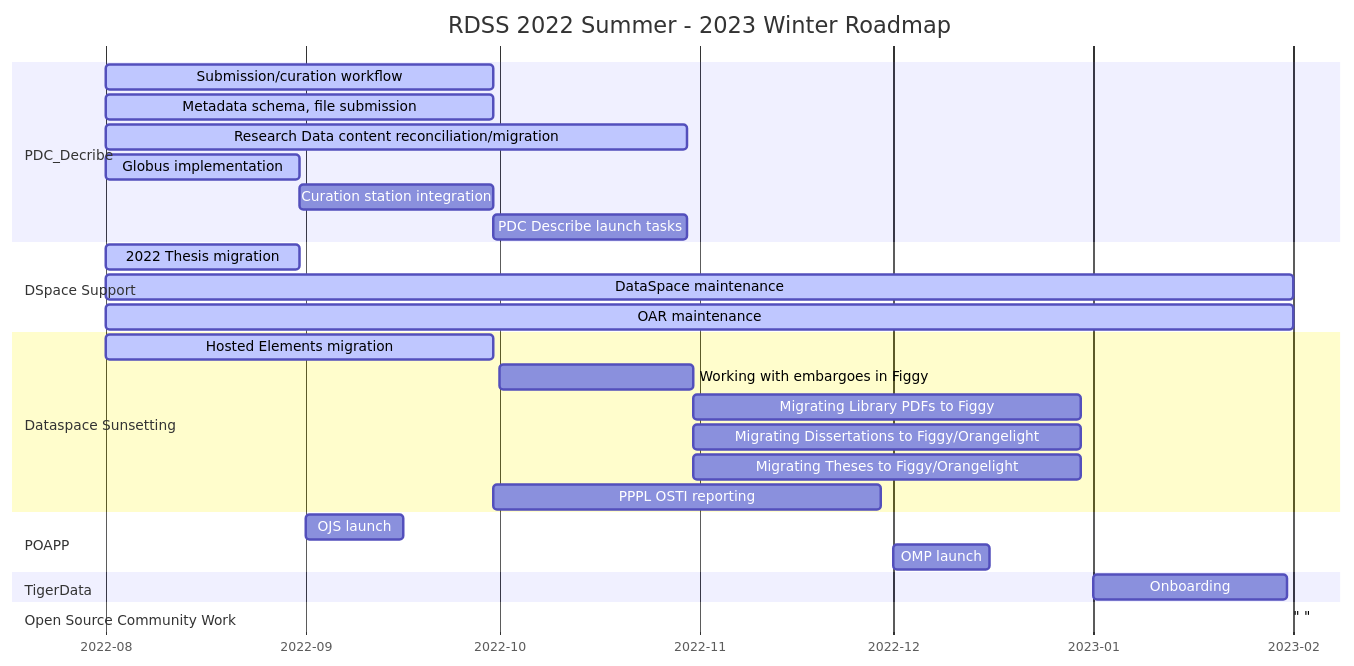
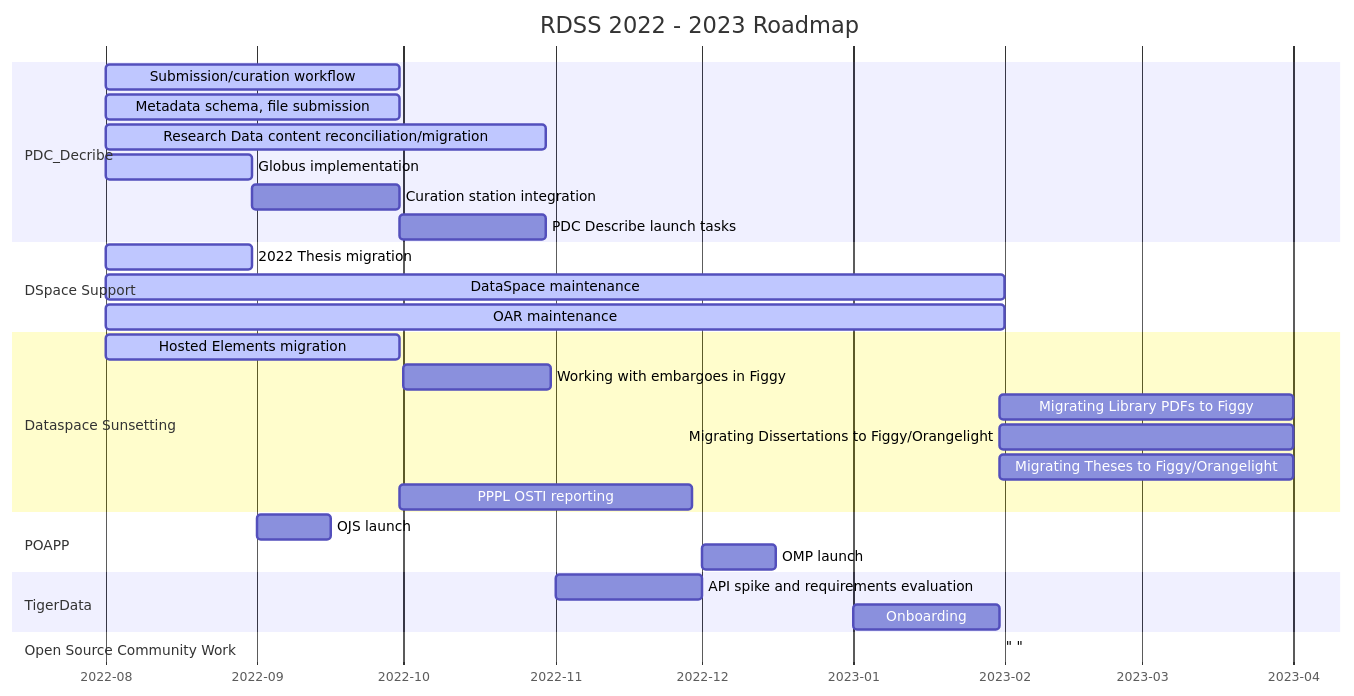
One commit to pulibrary/rdss-handbook changed the first of 4 diagrams in roadmap.md. Above: the diagram before and after it, drawn with Mermaid.

Commit message:
Added Tigerdata research and repositioned DataSpace sunsetting tasks (#74)

````diff
--- a/roadmap.md
+++ b/roadmap.md
@@ -5,32 +5,32 @@
 ```mermaid
 gantt
-    title RDSS 2022 Summer - 2023 Winter Roadmap
+    title RDSS 2022 - 2023 Roadmap
     axisFormat  %Y-%m
     dateformat YYYY-MM
     section PDC_Decribe
     Submission/curation workflow           :active, pd1, 2022-08, 60d
     Metadata schema, file submission :active, pd2, 2022-08, 60d
     Research Data content reconciliation/migration :active, pd3, 2022-08, 90d
     Globus implementation     :active, pd4, 2022-08, 30d
     Curation station integration: pd5, after pd4, 30d
     PDC Describe launch tasks: pd6, after pd5, 30d
     section DSpace Support
     2022 Thesis migration :active, dsp1, 2022-08, 30d
     DataSpace maintenance :active, dsp2, 2022-08, 2023-02
     OAR maintenance :active, dsp2, 2022-08, 2023-02
     section Dataspace Sunsetting
     Hosted Elements migration :active, ds1, 2022-08, 60d
     Working with embargoes in Figgy: ds2, 2022-10, 30d
-    Migrating Library PDFs to Figgy: ds4, after ds2, 60d
-    Migrating Dissertations to Figgy/Orangelight: ds5, after ds2, 60d
-    Migrating Theses to Figgy/Orangelight: ds6, after ds2, 60d
+    Migrating Library PDFs to Figgy: ds4, after td2, 60d
+    Migrating Dissertations to Figgy/Orangelight: ds5, after td2, 60d
+    Migrating Theses to Figgy/Orangelight: ds6, after td2, 60d
     PPPL OSTI reporting: ds3, after pd5,60d
     section POAPP
     OJS launch: po1, 2022-09, 15d
     OMP launch: po2, 2022-12, 15d
     section TigerData
-    Onboarding: td1, 2023-01, 30d
+    API spike and requirements evaluation: td1, 2022-11, 30d
+    Onboarding: td2, 2023-01, 30d
     section Open Source Community Work
     " ": os1
-
 ```
````
